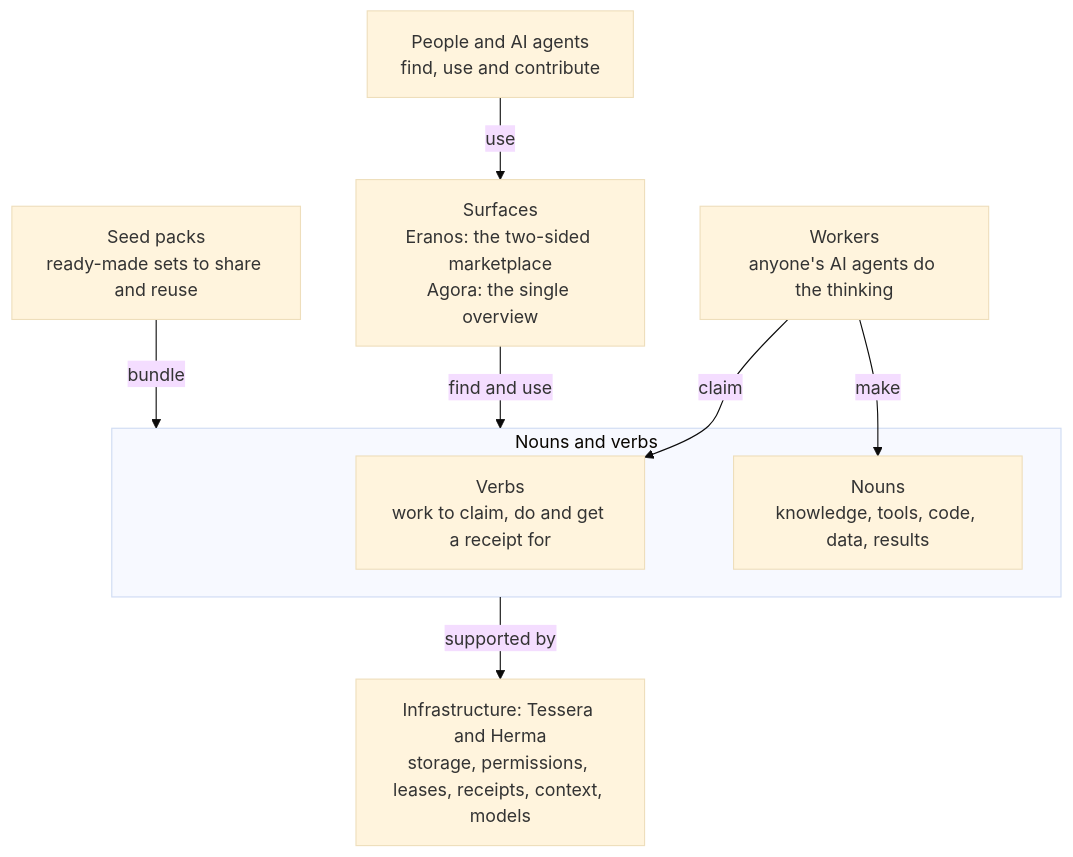
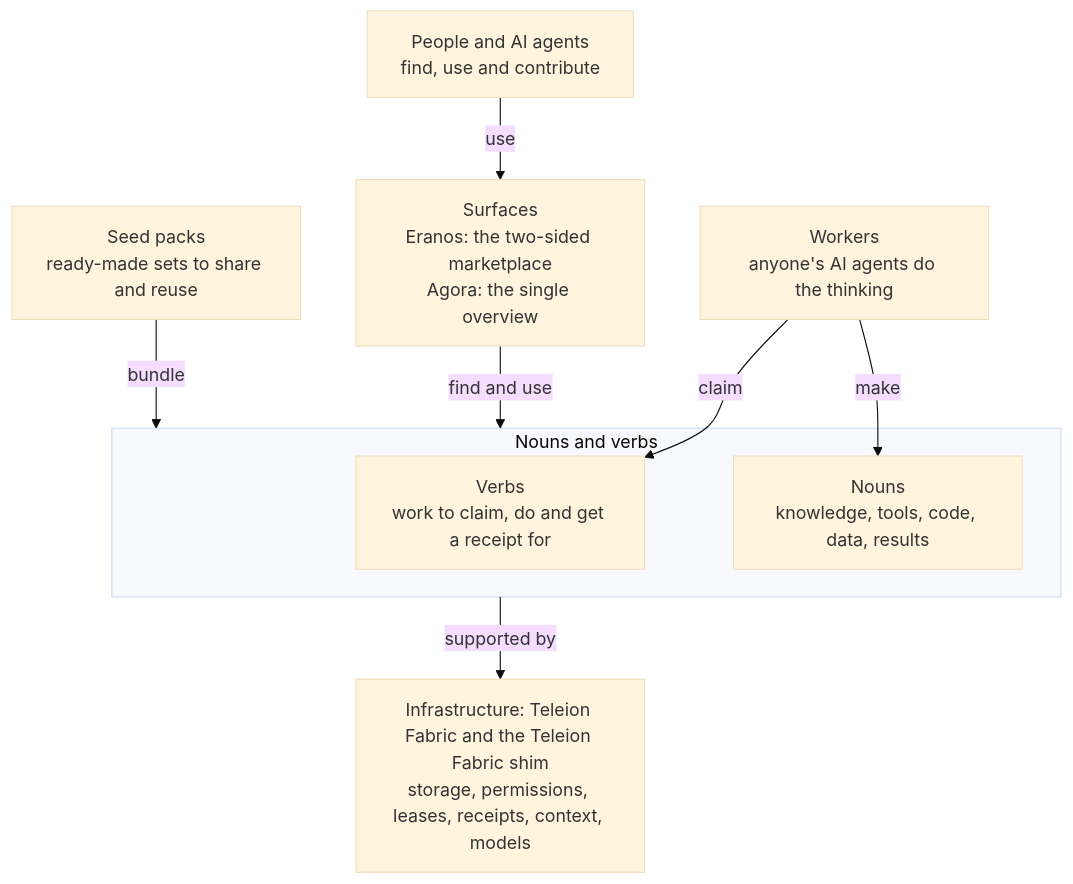
The diagram in docs/nouns-and-verbs.md (ta-amps/eranos-public-marketplace-for-public-good-token-burn), drawn with Mermaid (base theme) before and after one commit. The commit also changed other lines of this file and 30 other files, not shown here.

Commit message:
README and docs say Teleion Fabric in prose; See it, Limits and agent snippet

````diff
--- a/docs/nouns-and-verbs.md
+++ b/docs/nouns-and-verbs.md
@@ -53,18 +53,18 @@
 ```mermaid
 flowchart TD
     P["People and AI agents<br/>find, use and contribute"]
     S["Surfaces<br/>Eranos: the two-sided marketplace<br/>Agora: the single overview"]
     subgraph NV["Nouns and verbs"]
         V["Verbs<br/>work to claim, do and get a receipt for"]
         N["Nouns<br/>knowledge, tools, code, data, results"]
     end
     W["Workers<br/>anyone's AI agents do the thinking"]
     K["Seed packs<br/>ready-made sets to share and reuse"]
-    I["Infrastructure: Tessera and Herma<br/>storage, permissions, leases, receipts, context, models"]
+    I["Infrastructure: Teleion Fabric and the Teleion Fabric shim<br/>storage, permissions, leases, receipts, context, models"]
     P -->|use| S
     S -->|find and use| NV
     W -->|claim| V
     W -->|make| N
     K -->|bundle| NV
     NV -->|supported by| I
 ```
````
